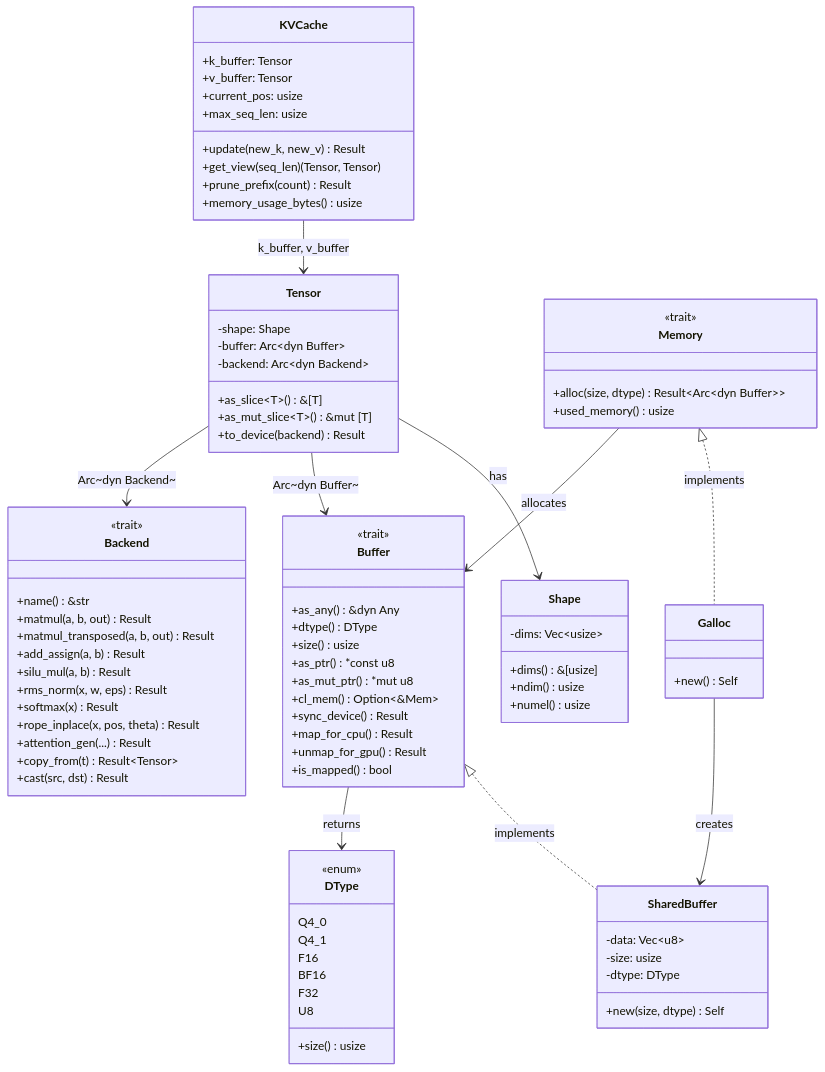
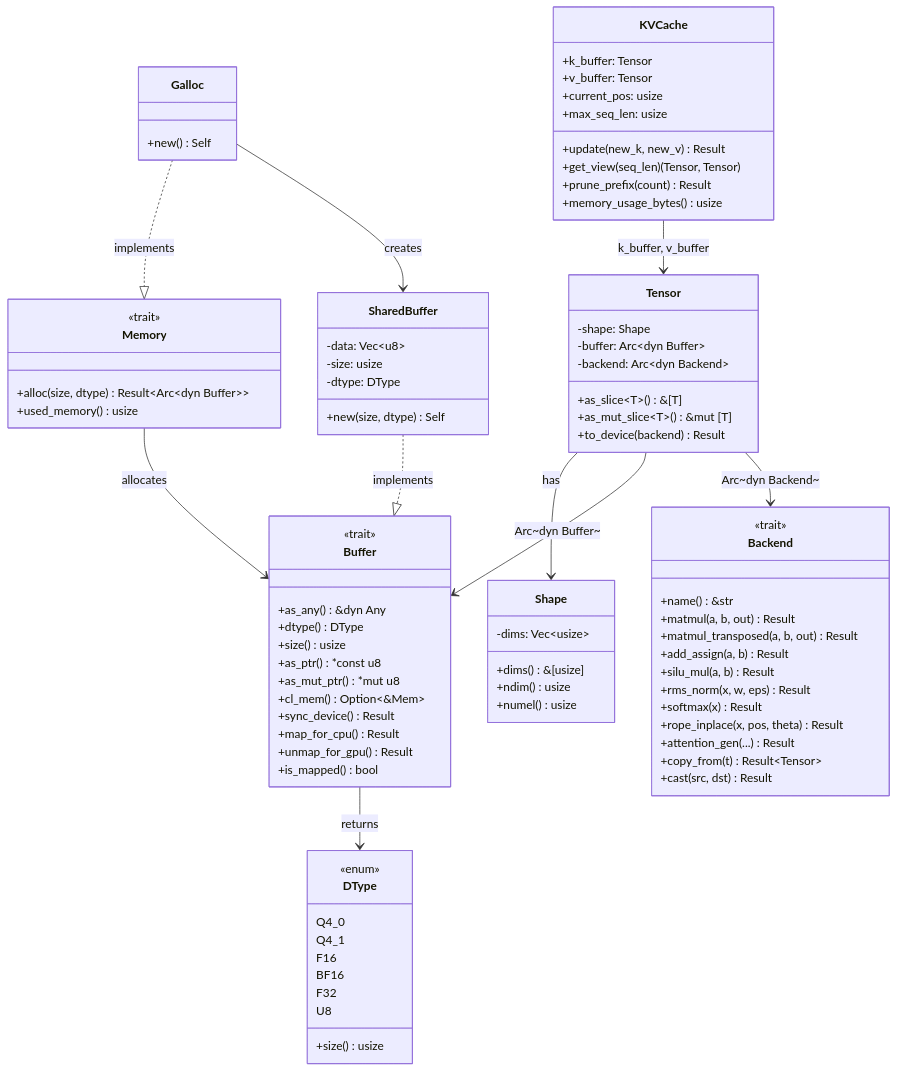
The second of 2 diagrams in docs/02_core_abstractions.md (hedone21/llm_rs2), drawn with Mermaid before and after one commit. The commit also changed 2 other files, not shown here.

Commit message:
fix(docs): reverse Mermaid classDiagram inheritance arrows to fix parse errors
`A <|-- B` and `A <|.. B` syntax causes parse errors in some Mermaid
renderers (the `<` is interpreted as TAGSTART). Reversed to
`B --|> A` / `B ..|> A` which is semantically identical but avoids
the HTML-like angle bracket at line start.

Affected files: ARCHITECTURE.md, 02_core_abstractions.md,
21_resilience_architecture.md

```diff
--- a/docs/02_core_abstractions.md
+++ b/docs/02_core_abstractions.md
@@ -614,8 +614,8 @@
         +memory_usage_bytes() usize
     }
 
-    Buffer <|.. SharedBuffer : implements
-    Memory <|.. Galloc : implements
+    SharedBuffer ..|> Buffer : implements
+    Galloc ..|> Memory : implements
     Tensor --> Shape : has
     Tensor --> Buffer : Arc~dyn Buffer~
     Tensor --> Backend : Arc~dyn Backend~
```
